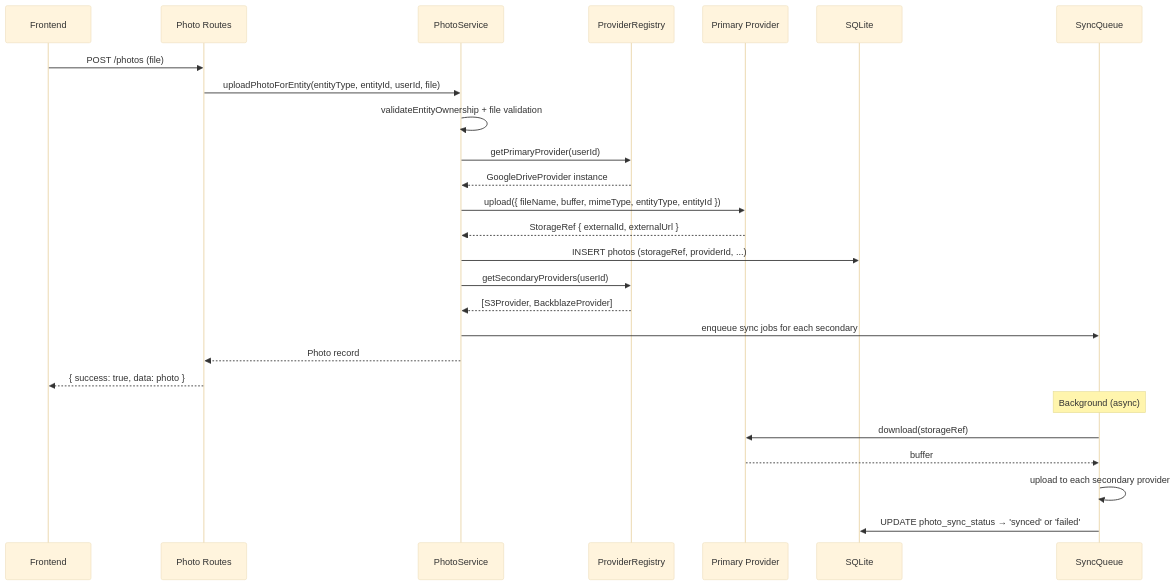
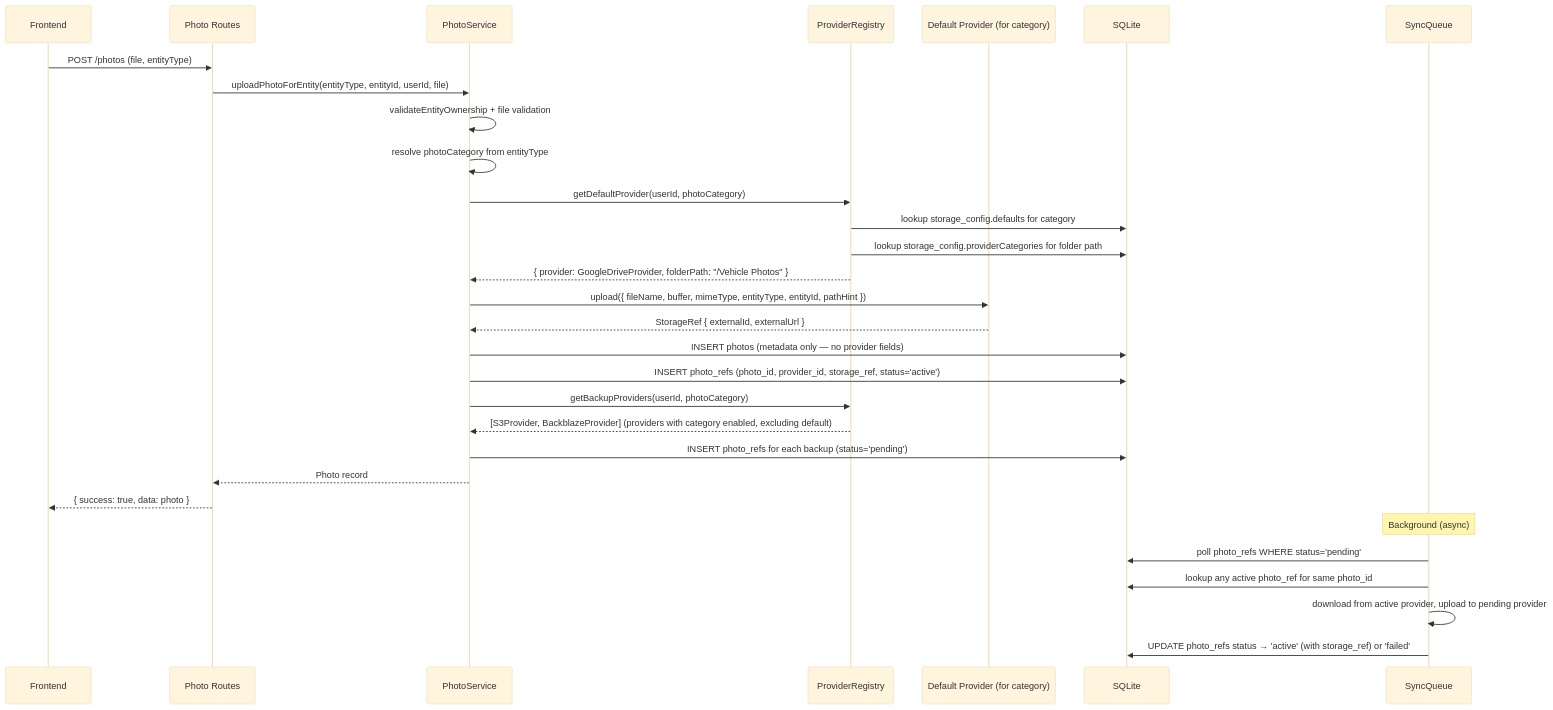
One commit to OnlyOneByte/VROOM changed the first of 2 diagrams in .kiro/specs/photo-provider-abstraction/design.md. Above: the diagram before and after it, drawn with Mermaid (base theme). The commit also changed other lines of this file and 169 other files, not shown here.

````diff
--- a/.kiro/specs/photo-provider-abstraction/design.md
+++ b/.kiro/specs/photo-provider-abstraction/design.md
@@ -56,30 +59,34 @@
 ```mermaid
 sequenceDiagram
     participant FE as Frontend
     participant API as Photo Routes
     participant PS as PhotoService
     participant Reg as ProviderRegistry
-    participant Primary as Primary Provider
+    participant Default as Default Provider (for category)
     participant DB as SQLite
     participant Queue as SyncQueue
 
-    FE->>API: POST /photos (file)
+    FE->>API: POST /photos (file, entityType)
     API->>PS: uploadPhotoForEntity(entityType, entityId, userId, file)
     PS->>PS: validateEntityOwnership + file validation
-    PS->>Reg: getPrimaryProvider(userId)
-    Reg-->>PS: GoogleDriveProvider instance
-    PS->>Primary: upload({ fileName, buffer, mimeType, entityType, entityId })
-    Primary-->>PS: StorageRef { externalId, externalUrl }
-    PS->>DB: INSERT photos (storageRef, providerId, ...)
-    PS->>Reg: getSecondaryProviders(userId)
-    Reg-->>PS: [S3Provider, BackblazeProvider]
-    PS->>Queue: enqueue sync jobs for each secondary
+    PS->>PS: resolve photoCategory from entityType
+    PS->>Reg: getDefaultProvider(userId, photoCategory)
+    Reg->>DB: lookup storage_config.defaults for category
+    Reg->>DB: lookup storage_config.providerCategories for folder path
+    Reg-->>PS: { provider: GoogleDriveProvider, folderPath: "/Vehicle Photos" }
+    PS->>Default: upload({ fileName, buffer, mimeType, entityType, entityId, pathHint })
+    Default-->>PS: StorageRef { externalId, externalUrl }
+    PS->>DB: INSERT photos (metadata only — no provider fields)
+    PS->>DB: INSERT photo_refs (photo_id, provider_id, storage_ref, status='active')
+    PS->>Reg: getBackupProviders(userId, photoCategory)
+    Reg-->>PS: [S3Provider, BackblazeProvider] (providers with category enabled, excluding default)
+    PS->>DB: INSERT photo_refs for each backup (status='pending')
     PS-->>API: Photo record
     API-->>FE: { success: true, data: photo }
 
     Note over Queue: Background (async)
-    Queue->>Primary: download(storageRef)
-    Primary-->>Queue: buffer
-    Queue->>Queue: upload to each secondary provider
-    Queue->>DB: UPDATE photo_sync_status → 'synced' or 'failed'
+    Queue->>DB: poll photo_refs WHERE status='pending'
+    Queue->>DB: lookup any active photo_ref for same photo_id
+    Queue->>Queue: download from active provider, upload to pending provider
+    Queue->>DB: UPDATE photo_refs status → 'active' (with storage_ref) or 'failed'
 ```
````
